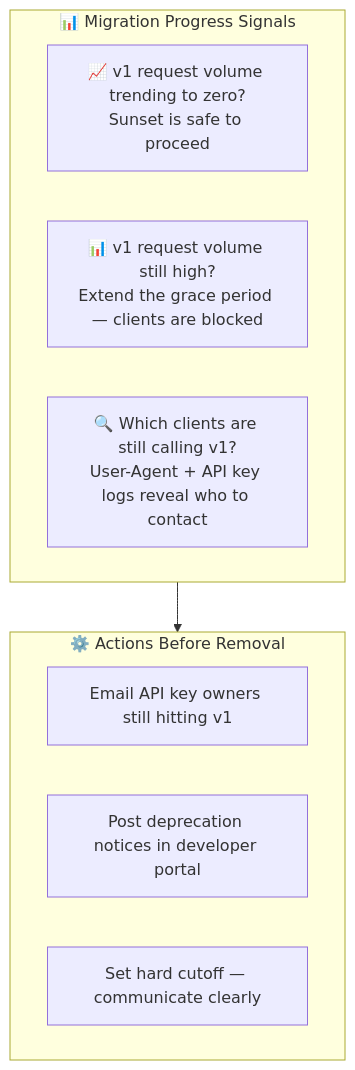
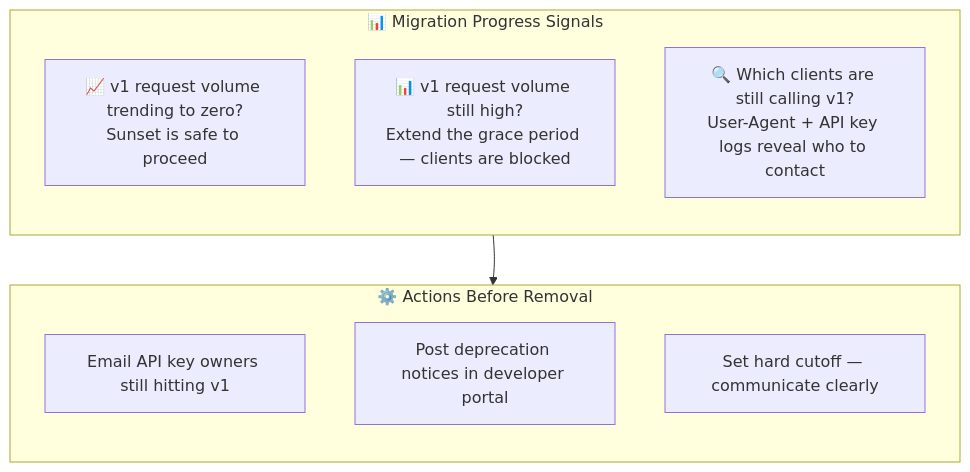
One commit to romangurevitch/GoTraining changed the sixth of 6 diagrams in internal/fundamentals/api-lifecycle-and-deployment/02-graceful-sunsetting.md. Above: the diagram before and after it, drawn with Mermaid. The commit also changed other lines of this file and 20 other files, not shown here.

````diff
--- a/internal/fundamentals/api-lifecycle-and-deployment/02-graceful-sunsetting.md
+++ b/internal/fundamentals/api-lifecycle-and-deployment/02-graceful-sunsetting.md
@@ -124,16 +126,20 @@
 ```mermaid
-graph TB
+graph TD
     subgraph Signals["📊 Migration Progress Signals"]
+        direction TB
         S1["📈 v1 request volume trending to zero?<br/>Sunset is safe to proceed"]
         S2["📊 v1 request volume still high?<br/>Extend the grace period — clients are blocked"]
         S3["🔍 Which clients are still calling v1?<br/>User-Agent + API key logs reveal who to contact"]
     end
 
+    Signals ~~~ Actions
+
     subgraph Actions["⚙️ Actions Before Removal"]
+        direction TB
         A1["Email API key owners still hitting v1"]
         A2["Post deprecation notices in developer portal"]
         A3["Set hard cutoff — communicate clearly"]
     end
 
     Signals --> Actions
 ```
````
